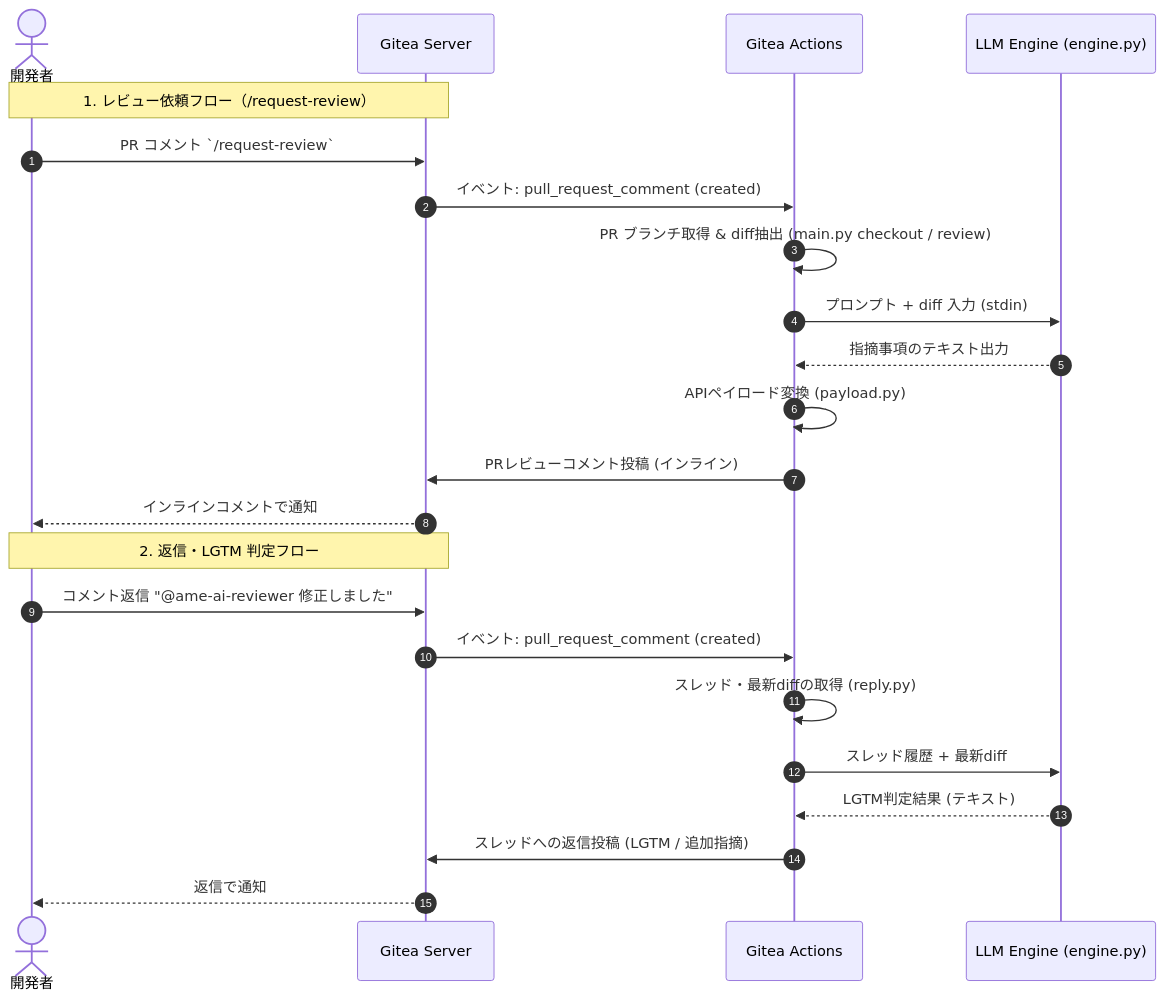
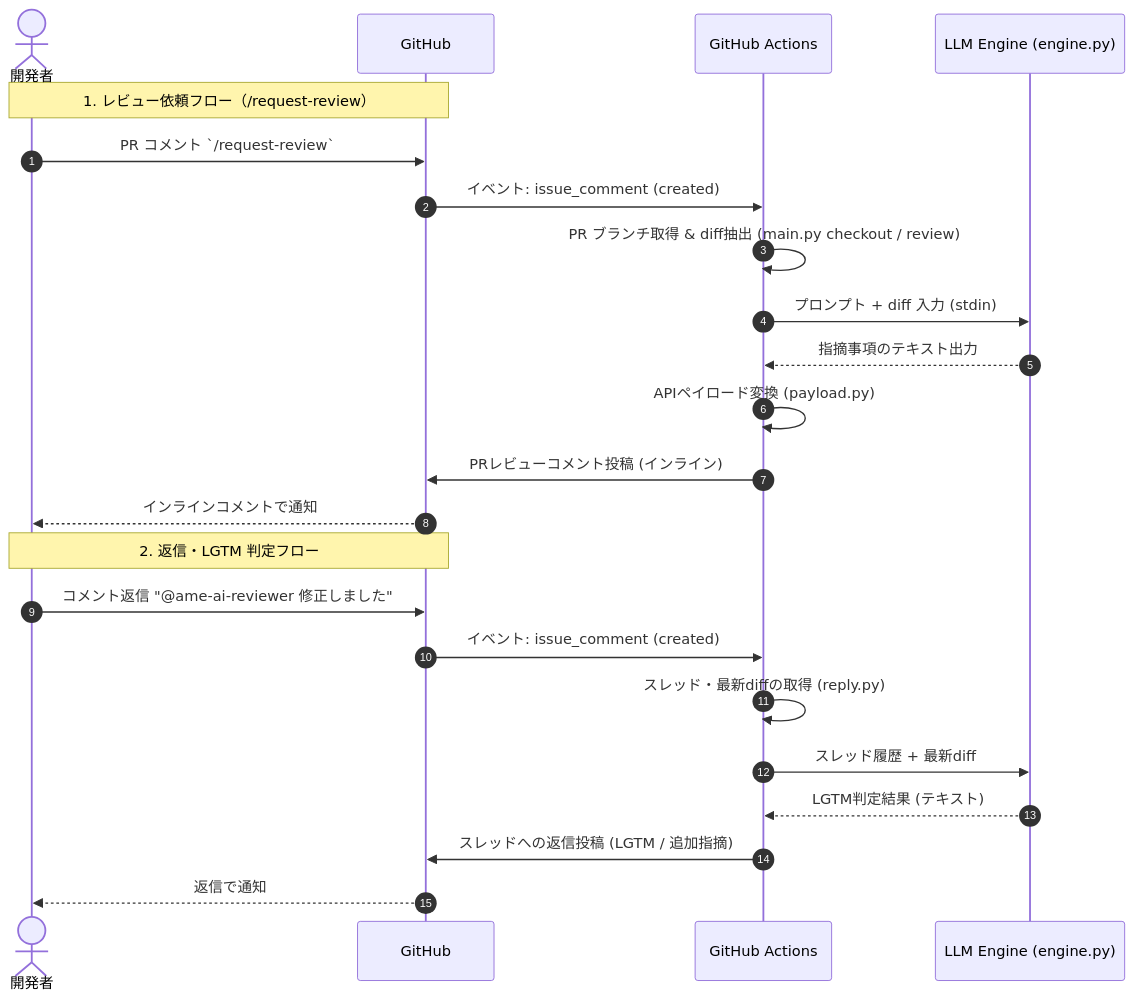
The second of 2 diagrams in ame_ai_review_system/docs/architecture.md (AME-Team/AME-AI-Review-System), drawn with Mermaid before and after one commit. The commit also changed other lines of this file and 39 other files, not shown here.

Commit message:
feat: migrate to GitHub Actions (opencode qwen3.7-plus)

````diff
--- a/ame_ai_review_system/docs/architecture.md
+++ b/ame_ai_review_system/docs/architecture.md
@@ -72,27 +72,27 @@
 ```mermaid
 sequenceDiagram
     autonumber
     actor Developer as 開発者
-    participant Gitea as Gitea Server
-    participant Actions as Gitea Actions
+    participant GitHub as GitHub
+    participant Actions as GitHub Actions
     participant Engine as LLM Engine (engine.py)
 
-    Note over Developer, Gitea: 1. レビュー依頼フロー（/request-review）
-    Developer->>Gitea: PR コメント `/request-review`
-    Gitea->>Actions: イベント: pull_request_comment (created)
+    Note over Developer, GitHub: 1. レビュー依頼フロー（/request-review）
+    Developer->>GitHub: PR コメント `/request-review`
+    GitHub->>Actions: イベント: issue_comment (created)
     Actions->>Actions: PR ブランチ取得 & diff抽出 (main.py checkout / review)
     Actions->>Engine: プロンプト + diff 入力 (stdin)
     Engine-->>Actions: 指摘事項のテキスト出力
     Actions->>Actions: APIペイロード変換 (payload.py)
-    Actions->>Gitea: PRレビューコメント投稿 (インライン)
-    Gitea-->>Developer: インラインコメントで通知
+    Actions->>GitHub: PRレビューコメント投稿 (インライン)
+    GitHub-->>Developer: インラインコメントで通知
 
-    Note over Developer, Gitea: 2. 返信・LGTM 判定フロー
-    Developer->>Gitea: コメント返信 "@ame-ai-reviewer 修正しました"
-    Gitea->>Actions: イベント: pull_request_comment (created)
+    Note over Developer, GitHub: 2. 返信・LGTM 判定フロー
+    Developer->>GitHub: コメント返信 "@ame-ai-reviewer 修正しました"
+    GitHub->>Actions: イベント: issue_comment (created)
     Actions->>Actions: スレッド・最新diffの取得 (reply.py)
     Actions->>Engine: スレッド履歴 + 最新diff
     Engine-->>Actions: LGTM判定結果 (テキスト)
-    Actions->>Gitea: スレッドへの返信投稿 (LGTM / 追加指摘)
-    Gitea-->>Developer: 返信で通知
+    Actions->>GitHub: スレッドへの返信投稿 (LGTM / 追加指摘)
+    GitHub-->>Developer: 返信で通知
 ```
````
